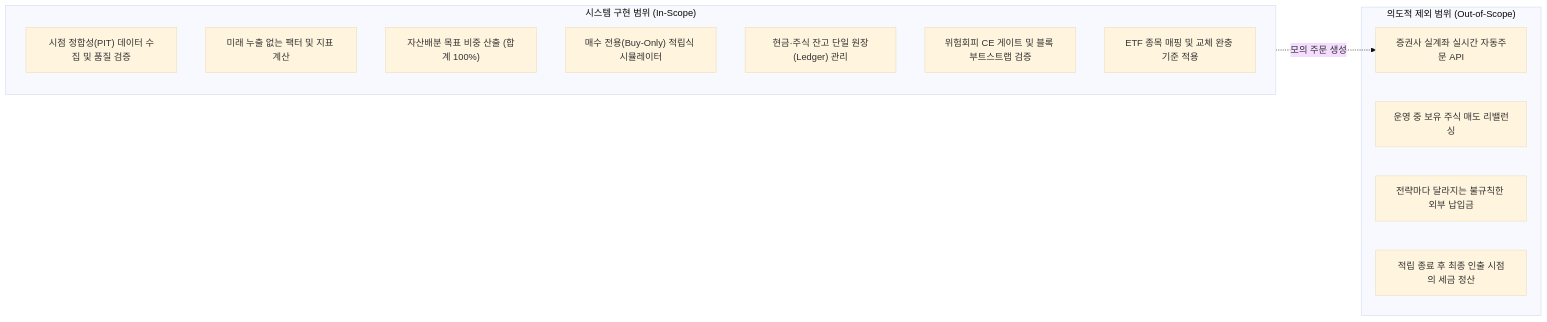
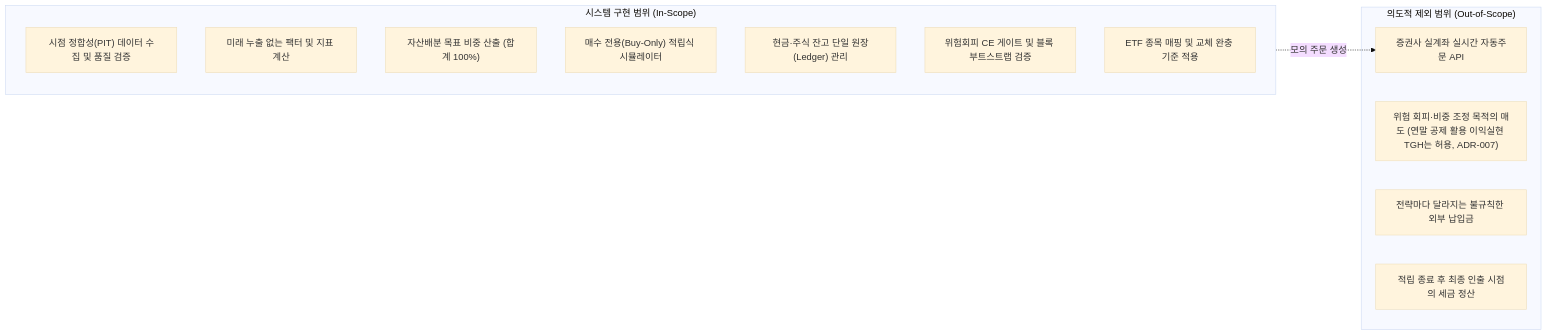
The first of 2 diagrams in docs/architecture/overview.md (KTHYEONG/ETF-Manager), drawn with Mermaid (base theme) before and after one commit. The commit also changed other lines of this file and 28 other files, not shown here.

````diff
--- a/docs/architecture/overview.md
+++ b/docs/architecture/overview.md
@@ -19,19 +19,19 @@
 ```mermaid
 flowchart LR
     subgraph InScope["시스템 구현 범위 (In-Scope)"]
         D["시점 정합성(PIT) 데이터 수집 및 품질 검증"]
         F["미래 누출 없는 팩터 및 지표 계산"]
         P["자산배분 목표 비중 산출 (합계 100%)"]
         S["매수 전용(Buy-Only) 적립식 시뮬레이터"]
         L["현금·주식 잔고 단일 원장(Ledger) 관리"]
         V["위험회피 CE 게이트 및 블록 부트스트랩 검증"]
         M["ETF 종목 매핑 및 교체 완충 기준 적용"]
     end
     subgraph OutOfScope["의도적 제외 범위 (Out-of-Scope)"]
         B["증권사 실계좌 실시간 자동주문 API"]
-        SR["운영 중 보유 주식 매도 리밸런싱"]
+        SR["위험 회피·비중 조정 목적의 매도 (연말 공제 활용 이익실현 TGH는 허용, ADR-007)"]
         VC["전략마다 달라지는 불규칙한 외부 납입금"]
         LT["적립 종료 후 최종 인출 시점의 세금 정산"]
     end
     InScope -.->|모의 주문 생성| B
 ```
````
